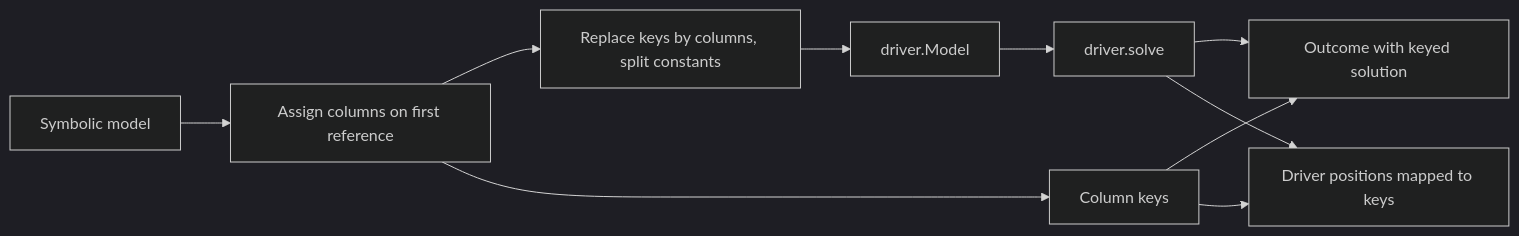
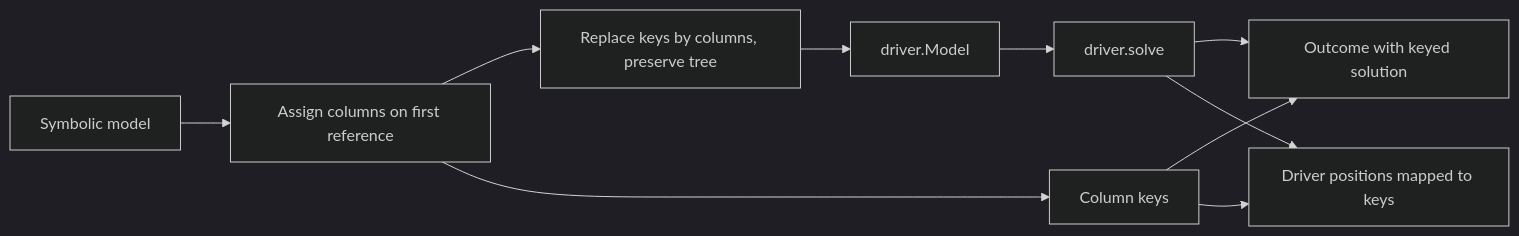
The second of 2 diagrams in ARCHITECTURE.md (heinosoo/vahvel), drawn with Mermaid (dark theme) before and after one commit. The commit also changed other lines of this file and 9 other files, not shown here.

````diff
--- a/ARCHITECTURE.md
+++ b/ARCHITECTURE.md
@@ -51,12 +52,12 @@
 ```mermaid
 flowchart LR
   A[Symbolic model] --> B[Assign columns on first reference]
-  B --> C[Replace keys by columns, split constants]
+  B --> C[Replace keys by columns, preserve tree]
   C --> D[driver.Model]
   B --> E[Column keys]
   D --> F[driver.solve]
   F --> G[Outcome with keyed solution]
   E --> G
   E --> H[Driver positions mapped to keys]
   F --> H
 ```
````
